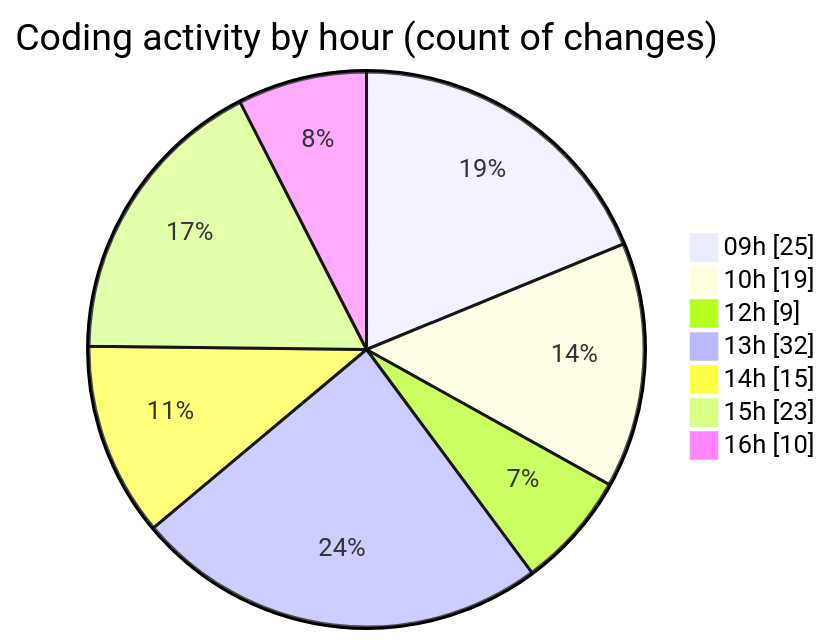
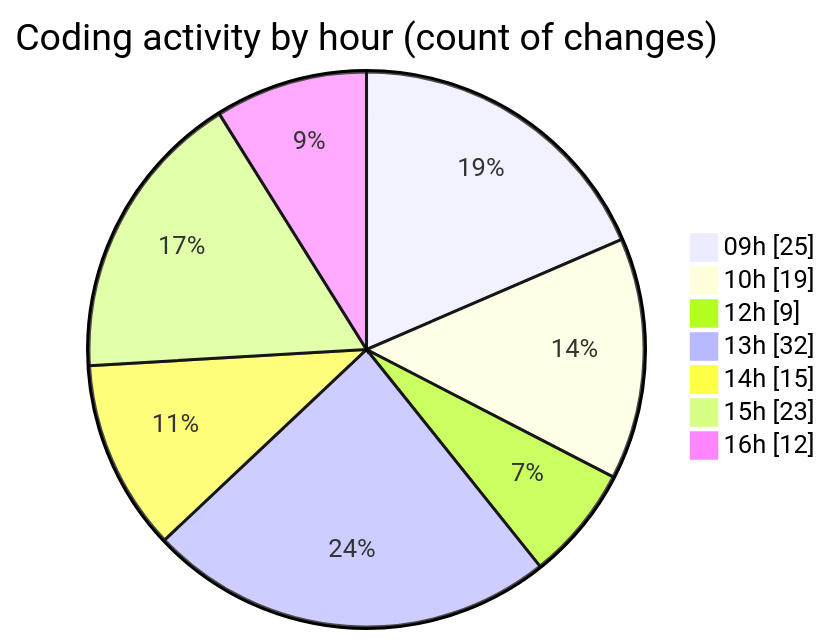
One commit to momahboobian/code-tracking changed the second of 2 diagrams in 2025-08-19/cda/README.md. Above: the diagram before and after it, drawn with Mermaid. The commit also changed other lines of this file and 1 other file, not shown here.

````diff
--- a/2025-08-19/cda/README.md
+++ b/2025-08-19/cda/README.md
@@ -60,11 +60,11 @@
 ```mermaid
 pie showData
 title Coding activity by hour (count of changes)
 "09h" : 25
 "10h" : 19
 "12h" : 9
 "13h" : 32
 "14h" : 15
 "15h" : 23
-"16h" : 10
+"16h" : 12
 ```
````
